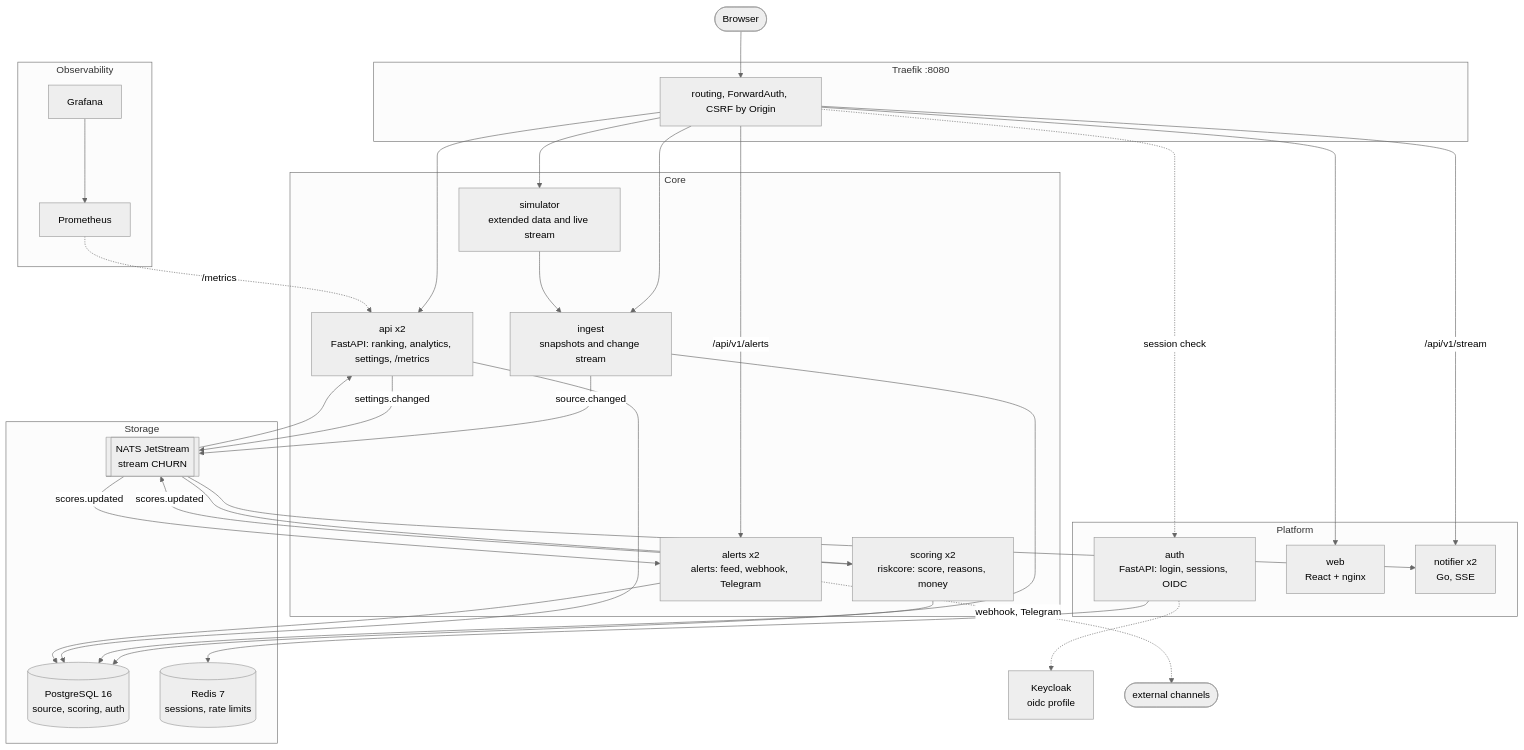
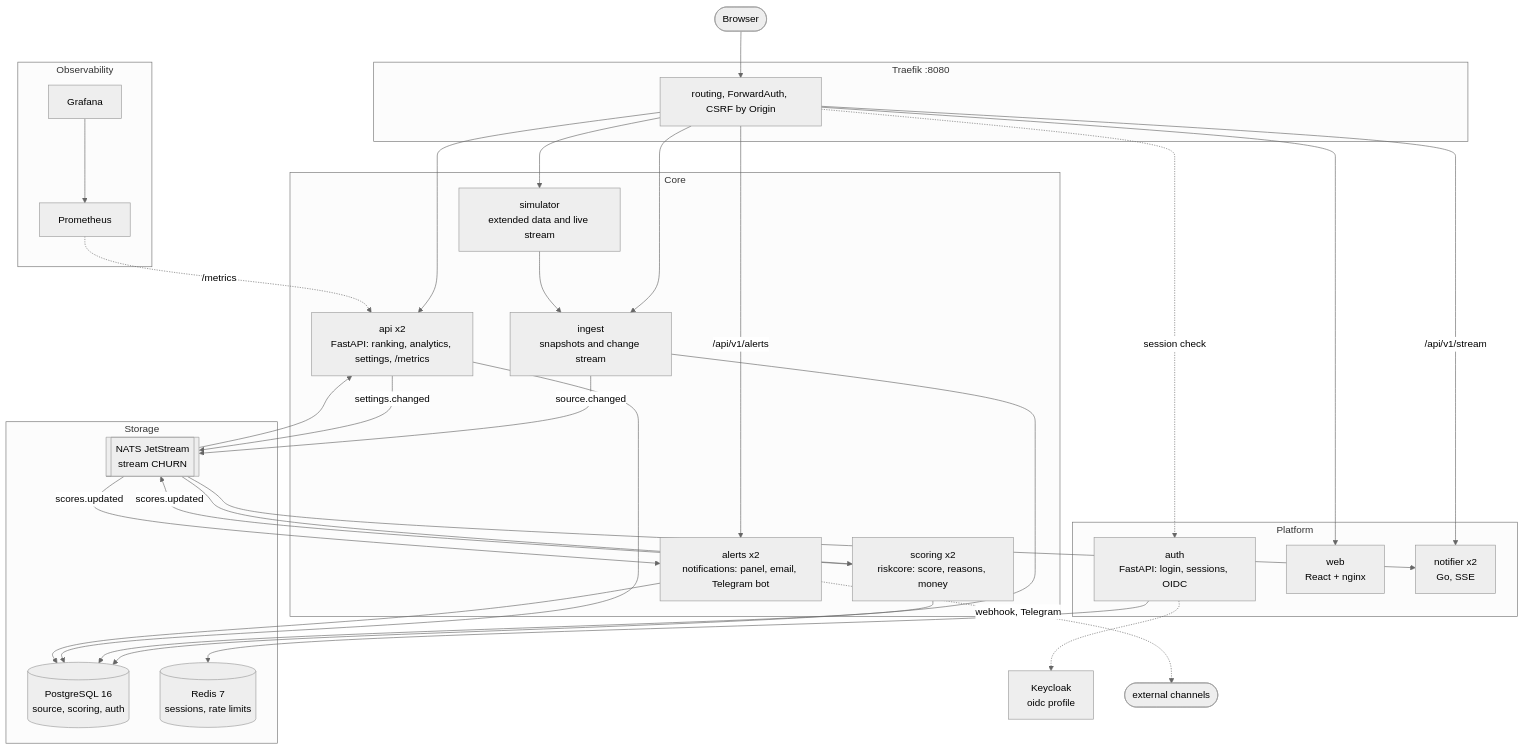
One commit to dimon0804/ChurnRadar changed the diagram in README.en.md. Above: the diagram before and after it, drawn with Mermaid (neutral theme). The commit also changed other lines of this file and 3 other files, not shown here.

````diff
--- a/README.en.md
+++ b/README.en.md
@@ -198,61 +198,61 @@
 ```mermaid
 flowchart TB
     browser(["Browser"])
 
     subgraph gw["Traefik :8080"]
         traefik["routing, ForwardAuth, CSRF by Origin"]
     end
 
     subgraph platform["Platform"]
         auth["auth<br/>FastAPI: login, sessions, OIDC"]
         web["web<br/>React + nginx"]
         notifier["notifier x2<br/>Go, SSE"]
     end
 
     subgraph core["Core"]
         api["api x2<br/>FastAPI: ranking, analytics, settings, /metrics"]
         ingest["ingest<br/>snapshots and change stream"]
         scoring["scoring x2<br/>riskcore: score, reasons, money"]
         simulator["simulator<br/>extended data and live stream"]
-        alerts["alerts x2<br/>alerts: feed, webhook, Telegram"]
+        alerts["alerts x2<br/>notifications: panel, email, Telegram bot"]
     end
 
     subgraph data["Storage"]
         pg[("PostgreSQL 16<br/>source, scoring, auth")]
         redis[("Redis 7<br/>sessions, rate limits")]
         nats[["NATS JetStream<br/>stream CHURN"]]
     end
 
     subgraph obs["Observability"]
         prom["Prometheus"]
         graf["Grafana"]
     end
 
     keycloak["Keycloak<br/>oidc profile"]
 
     browser --> traefik
     traefik -. "session check" .-> auth
     traefik --> web
     traefik --> api
     traefik --> ingest
     traefik --> simulator
     traefik -- "/api/v1/stream" --> notifier
     auth --> redis
     auth -.-> keycloak
     simulator --> ingest
     ingest --> pg
     ingest -- "source.changed" --> nats
     api -- "settings.changed" --> nats
     nats --> scoring
     scoring --> pg
     scoring -- "scores.updated" --> nats
     nats --> notifier
     nats --> api
     api --> pg
     traefik -- "/api/v1/alerts" --> alerts
     nats -- "scores.updated" --> alerts
     alerts --> pg
     alerts -. "webhook, Telegram" .-> outside(["external channels"])
     prom -. "/metrics" .-> api
     graf --> prom
 ```
````
